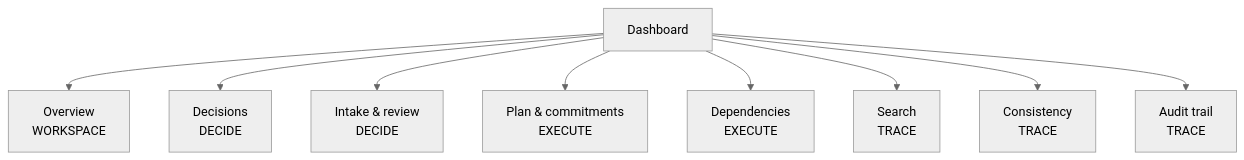
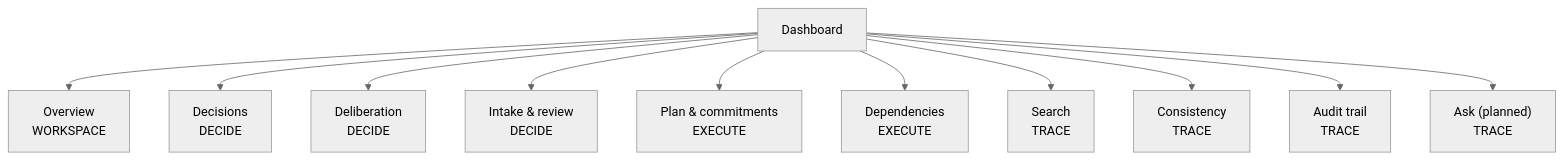
One commit to wyz-water/DecisionTrace changed the diagram in docs/design/ui-design.md. Above: the diagram before and after it, drawn with Mermaid (neutral theme). The commit also changed other lines of this file and 29 other files, not shown here.

````diff
--- a/docs/design/ui-design.md
+++ b/docs/design/ui-design.md
@@ -12,12 +12,14 @@
 ```mermaid
 graph TD
     ROOT["Dashboard"]
     ROOT --> O["Overview<br/>WORKSPACE"]
     ROOT --> D["Decisions<br/>DECIDE"]
+    ROOT --> DL["Deliberation<br/>DECIDE"]
     ROOT --> I["Intake &amp; review<br/>DECIDE"]
     ROOT --> P["Plan &amp; commitments<br/>EXECUTE"]
     ROOT --> G["Dependencies<br/>EXECUTE"]
     ROOT --> S["Search<br/>TRACE"]
     ROOT --> C["Consistency<br/>TRACE"]
     ROOT --> A["Audit trail<br/>TRACE"]
+    ROOT --> ASK["Ask (planned)<br/>TRACE"]
 ```
````
